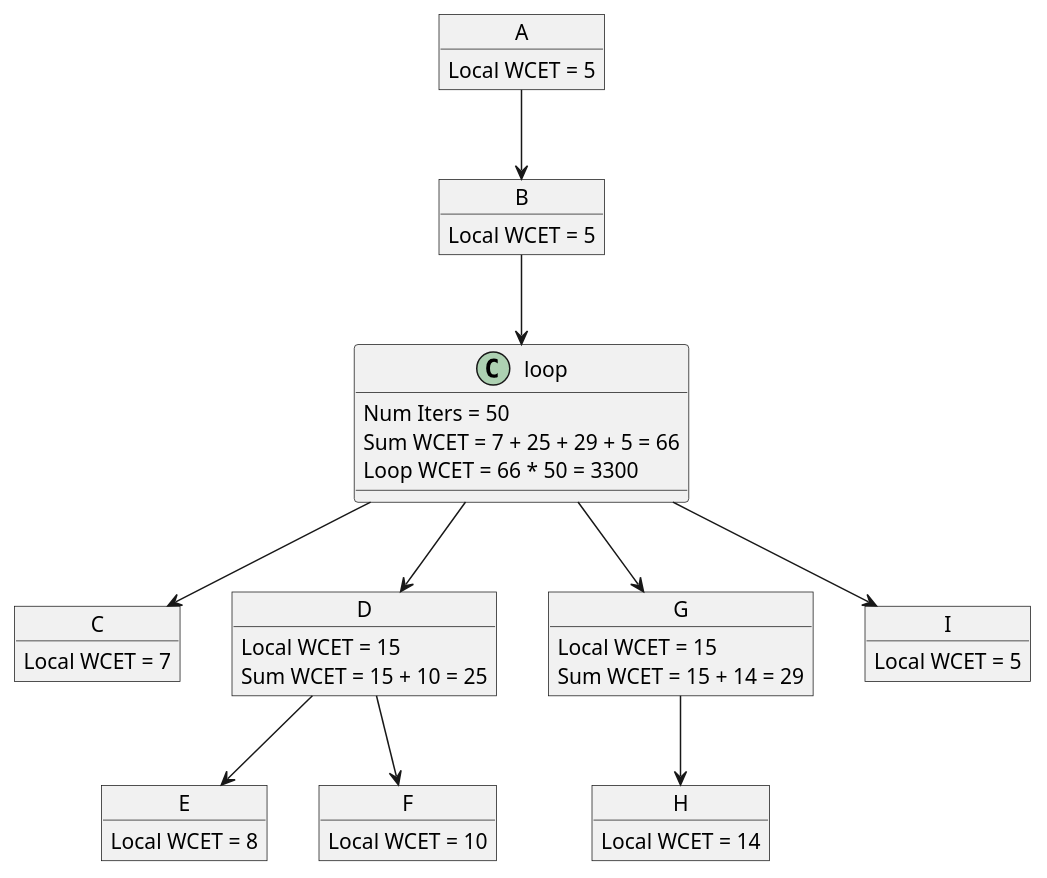
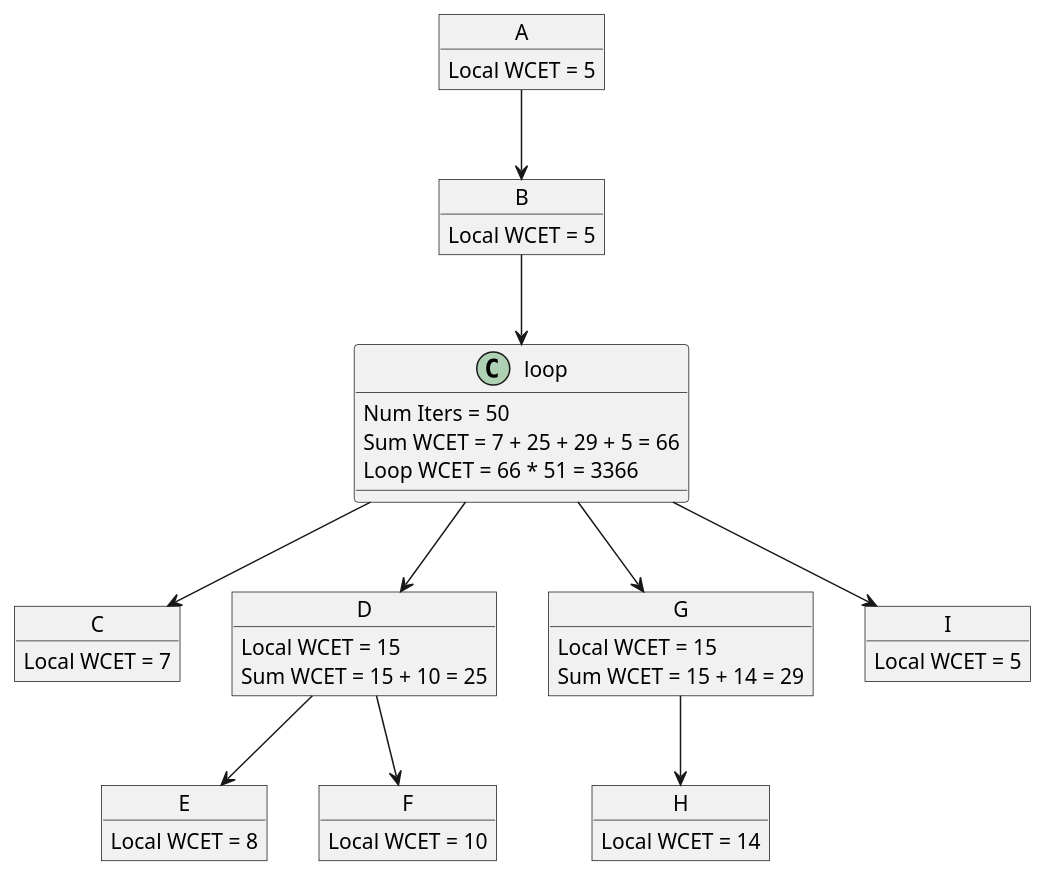
The diagram in assignment_2/syntax_tree.puml (ErikFolkesson/es2), drawn with PlantUML before and after one commit. The commit also changed 5 other files, not shown here.

```diff
--- a/assignment_2/syntax_tree.puml
+++ b/assignment_2/syntax_tree.puml
@@ -1,38 +1,38 @@
 @startuml
 object A
 A : Local WCET = 5
 object B
 B : Local WCET = 5
 object C
 C : Local WCET = 7
 object D
 D : Local WCET = 15
 D : Sum WCET = 15 + 10 = 25
 object E
 E : Local WCET = 8
 object F
 F : Local WCET = 10
 object G
 G : Local WCET = 15
 G : Sum WCET = 15 + 14 = 29
 object H
 H : Local WCET = 14
 object I
 I : Local WCET = 5
 
 A  --> B
 B  --> loop
 loop : Num Iters = 50
 loop : Sum WCET = 7 + 25 + 29 + 5 = 66
-loop : Loop WCET = 66 * 50 = 3300
+loop : Loop WCET = 66 * 51 = 3366
 
 loop --> C
 loop --> D
 loop --> G
 loop --> I
 
 D --> E
 D --> F
 
 G --> H
 @enduml
```
